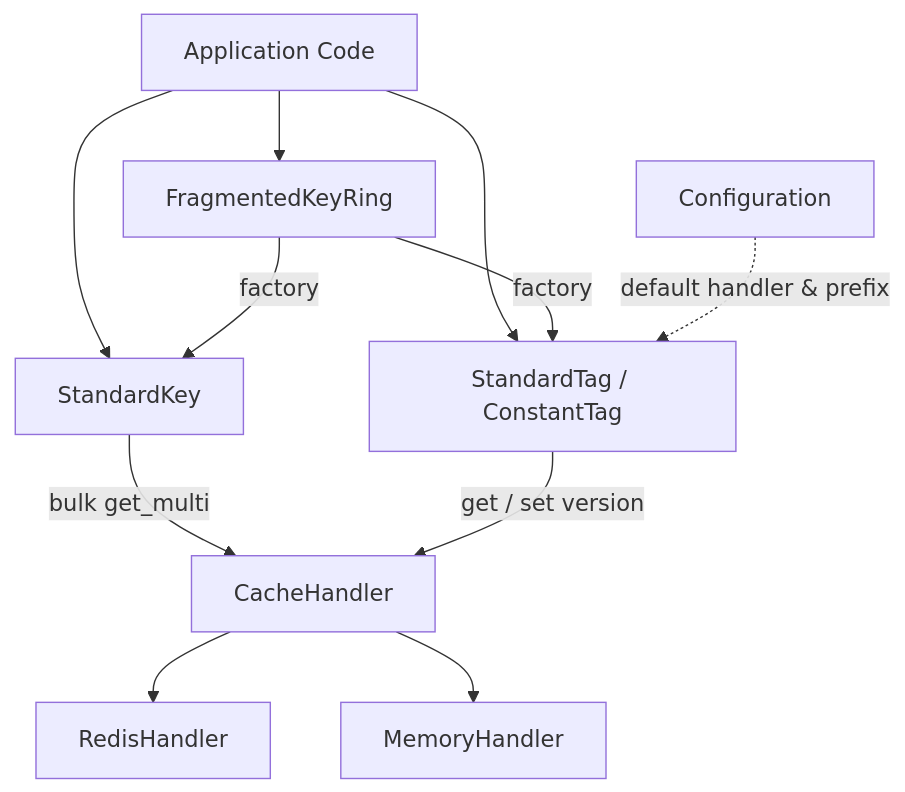
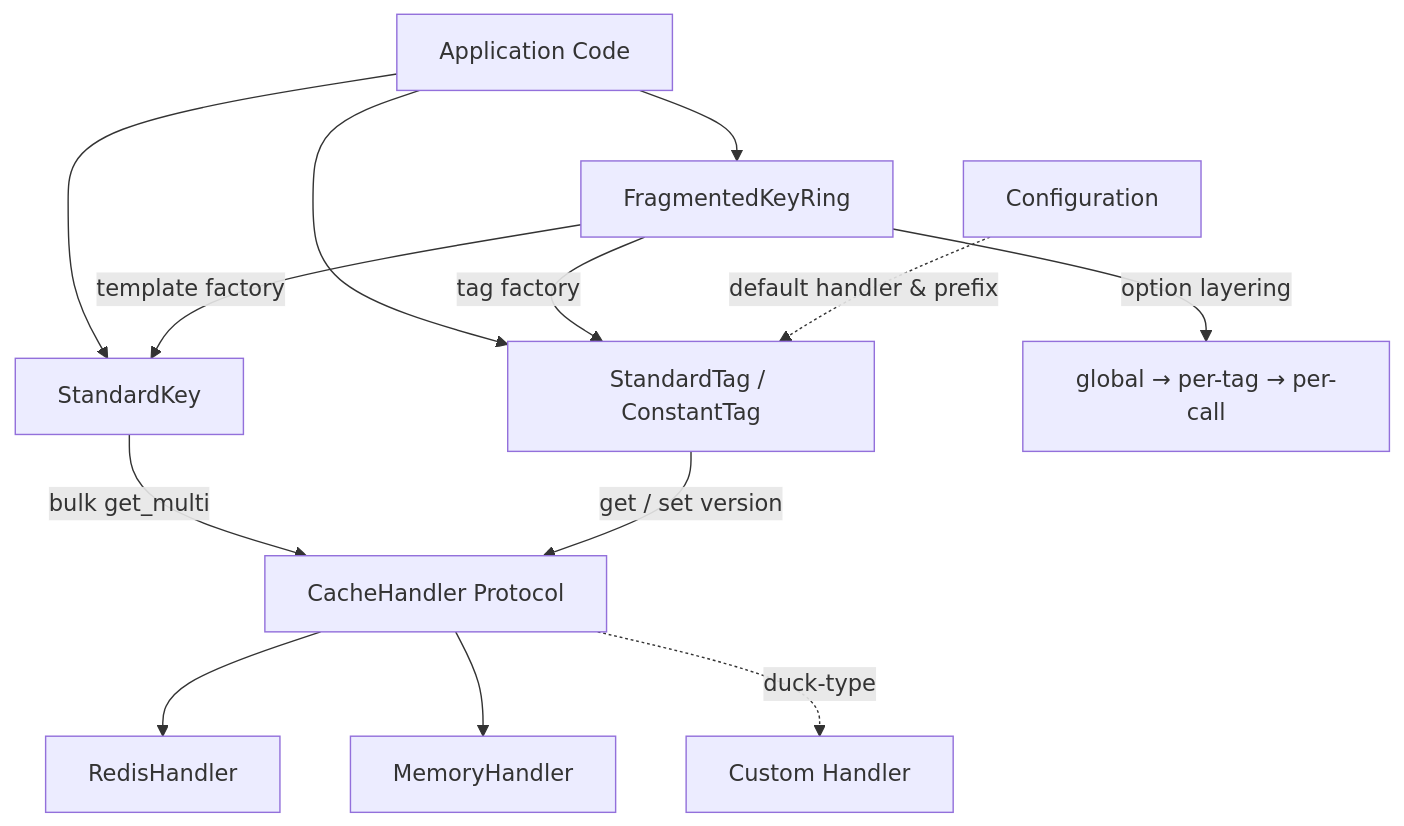
Before and after one commit to noizu-labs/fragmented-keys-py: the diagram in docs/PROJ-ARCH.md, drawn with Mermaid. The commit also changed other lines of this file and 11 other files, not shown here.

````diff
--- a/docs/PROJ-ARCH.md
+++ b/docs/PROJ-ARCH.md
@@ -11,13 +11,15 @@
 ```mermaid
 graph TD
     App[Application Code] --> KR[FragmentedKeyRing]
     App --> SK[StandardKey]
     App --> ST[StandardTag / ConstantTag]
-    KR -->|factory| SK
-    KR -->|factory| ST
-    SK -->|bulk get_multi| CH[CacheHandler]
+    KR -->|template factory| SK
+    KR -->|tag factory| ST
+    KR -->|option layering| OPT[global → per-tag → per-call]
+    SK -->|bulk get_multi| CH[CacheHandler Protocol]
     ST -->|get / set version| CH
     CH --> Redis[RedisHandler]
     CH --> Mem[MemoryHandler]
+    CH -.->|duck-type| Custom[Custom Handler]
     Config[Configuration] -.->|default handler & prefix| ST
 ```
````
